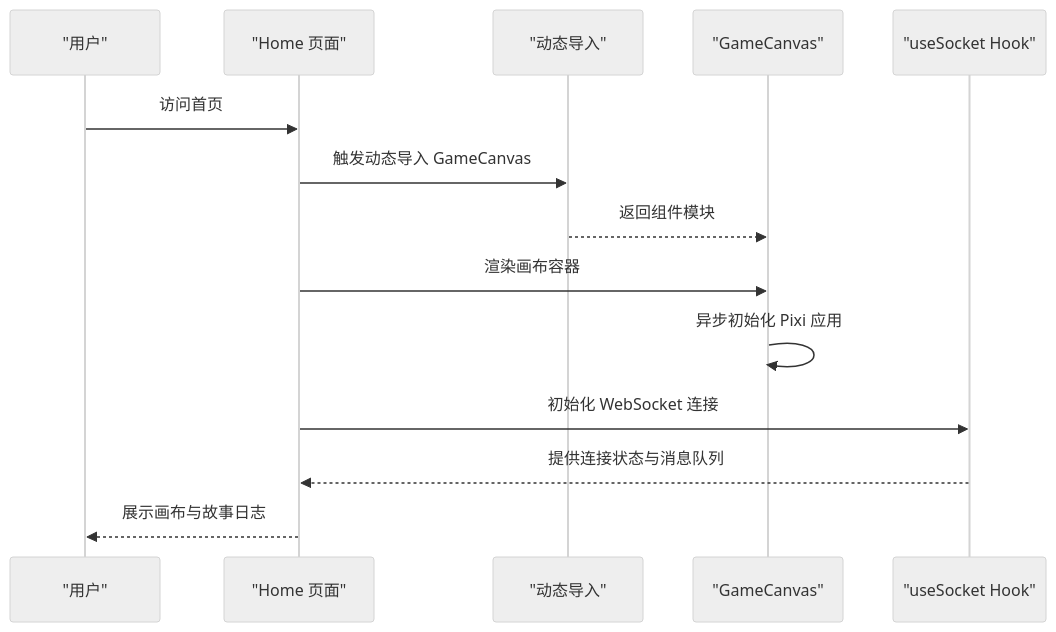
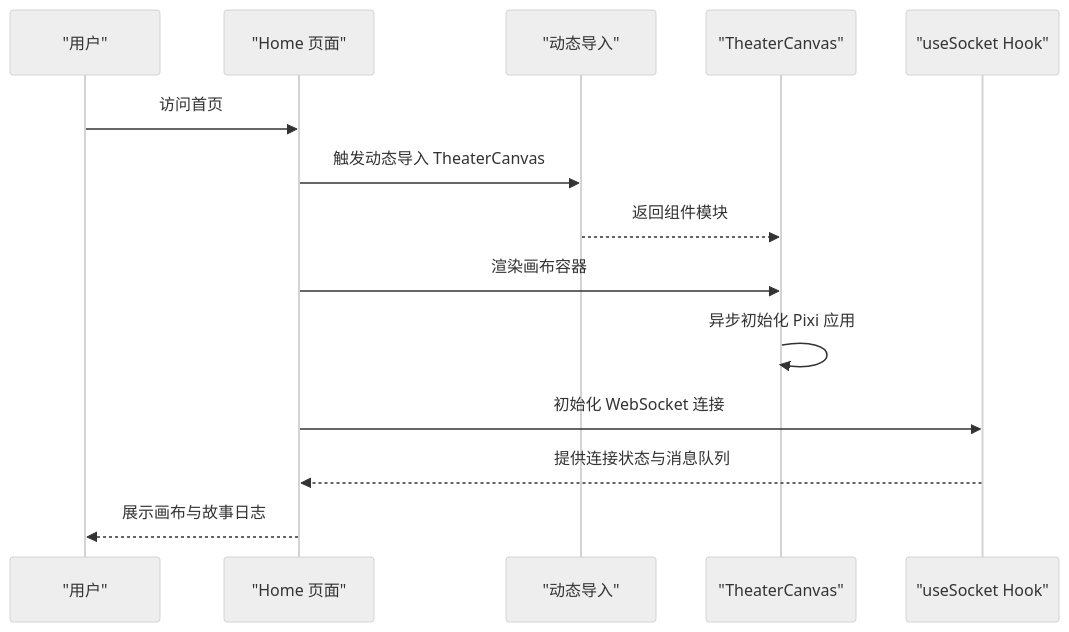
One commit to KunLabAI/KunFlix changed the second of 6 diagrams in .qoder/repowiki/zh/content/部署指南/性能优化/前端性能优化.md. Above: the diagram before and after it, drawn with Mermaid (neutral theme). The commit also changed other lines of this file and 112 other files, not shown here.

````diff
--- a/.qoder/repowiki/zh/content/部署指南/性能优化/前端性能优化.md
+++ b/.qoder/repowiki/zh/content/部署指南/性能优化/前端性能优化.md
@@ -88,16 +88,16 @@
 ```mermaid
 sequenceDiagram
 participant U as "用户"
 participant P as "Home 页面"
 participant D as "动态导入"
-participant C as "GameCanvas"
+participant C as "TheaterCanvas"
 participant WS as "useSocket Hook"
 U->>P : 访问首页
-P->>D : 触发动态导入 GameCanvas
+P->>D : 触发动态导入 TheaterCanvas
 D-->>C : 返回组件模块
 P->>C : 渲染画布容器
 C->>C : 异步初始化 Pixi 应用
 P->>WS : 初始化 WebSocket 连接
 WS-->>P : 提供连接状态与消息队列
 P-->>U : 展示画布与故事日志
 ```
````
